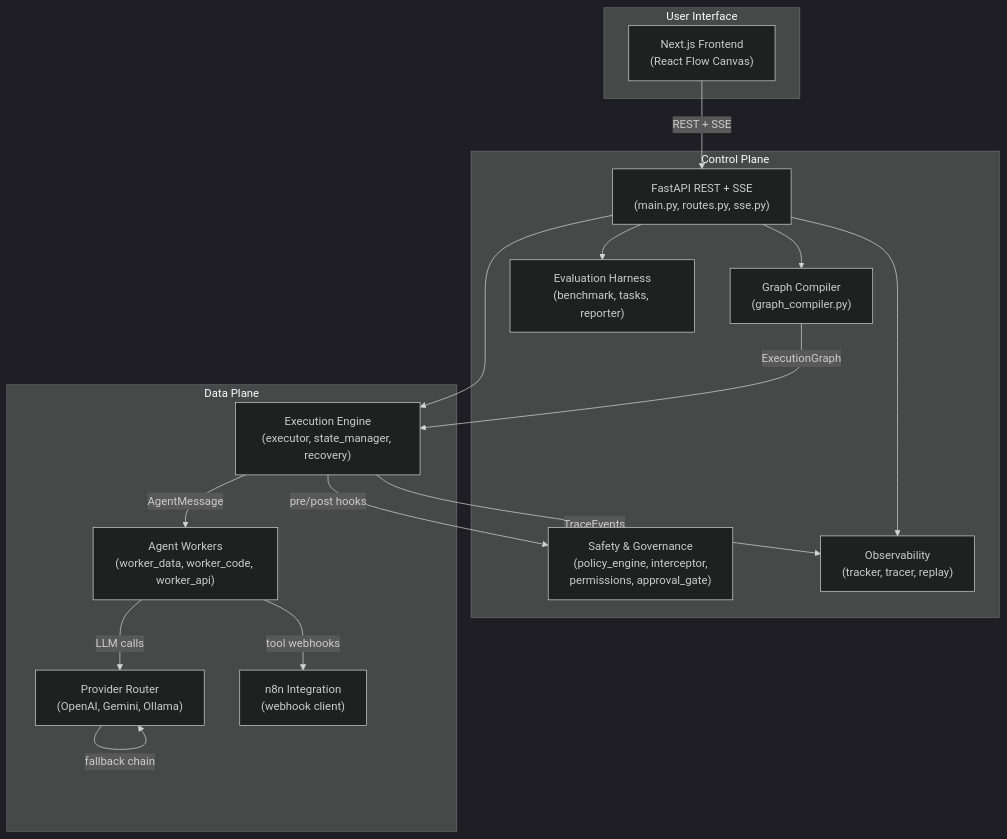
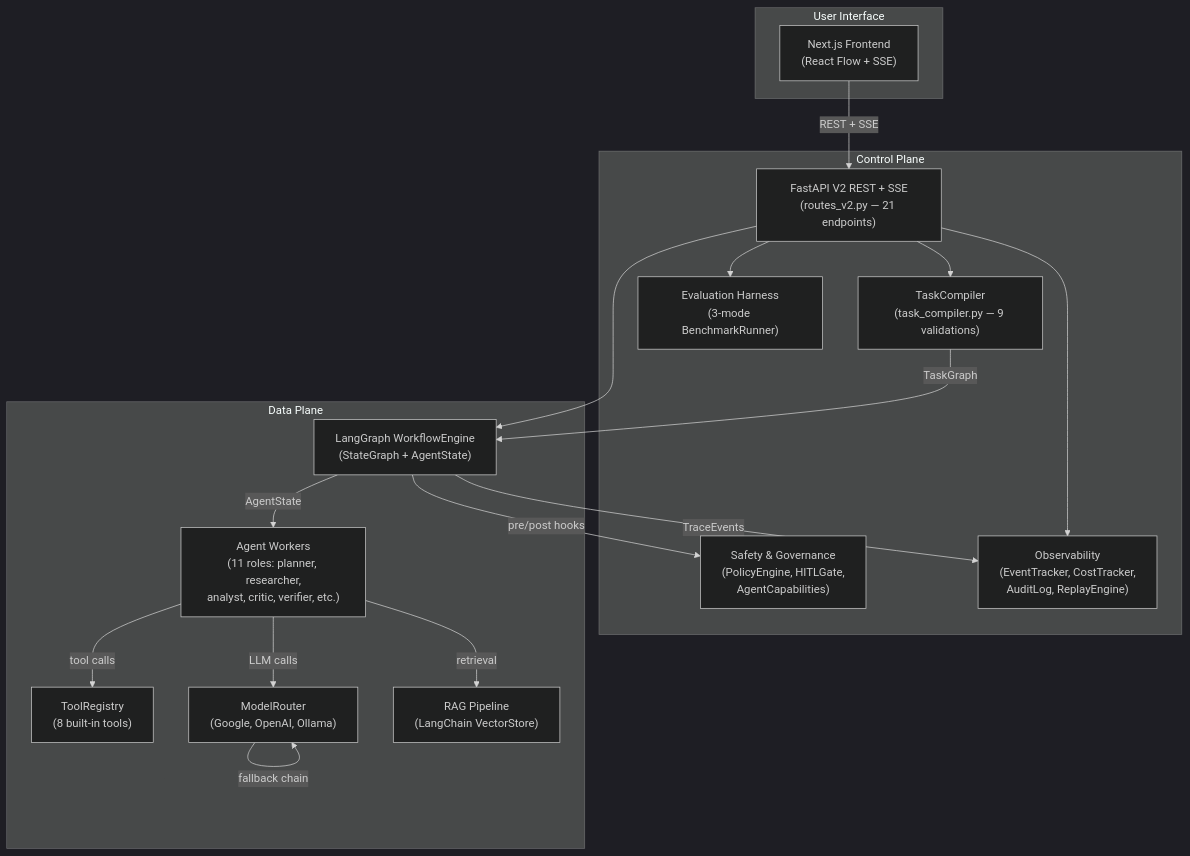
One commit to Zinat-Khan/CodeRush2.0-AllBlueInnovation changed the first of 2 diagrams in docs/ARCHITECTURE.md. Above: the diagram before and after it, drawn with Mermaid (dark theme). The commit also changed other lines of this file and 4 other files, not shown here.

Commit message:
refactor:architecture modification

````diff
--- a/docs/ARCHITECTURE.md
+++ b/docs/ARCHITECTURE.md
@@ -22,34 +23,36 @@
 ```mermaid
 graph TB
     subgraph "User Interface"
-        FE["Next.js Frontend<br/>(React Flow Canvas)"]
+        FE["Next.js Frontend<br/>(React Flow + SSE)"]
     end
 
     subgraph "Control Plane"
-        API["FastAPI REST + SSE<br/>(main.py, routes.py, sse.py)"]
-        COMP["Graph Compiler<br/>(graph_compiler.py)"]
-        SAFETY["Safety & Governance<br/>(policy_engine, interceptor,<br/>permissions, approval_gate)"]
-        OBS["Observability<br/>(tracker, tracer, replay)"]
-        EVAL["Evaluation Harness<br/>(benchmark, tasks, reporter)"]
+        API["FastAPI V2 REST + SSE<br/>(routes_v2.py — 21 endpoints)"]
+        COMP["TaskCompiler<br/>(task_compiler.py — 9 validations)"]
+        SAFETY["Safety & Governance<br/>(PolicyEngine, HITLGate,<br/>AgentCapabilities)"]
+        OBS["Observability<br/>(EventTracker, CostTracker,<br/>AuditLog, ReplayEngine)"]
+        EVAL["Evaluation Harness<br/>(3-mode BenchmarkRunner)"]
     end
 
     subgraph "Data Plane"
-        ENG["Execution Engine<br/>(executor, state_manager, recovery)"]
-        AGENTS["Agent Workers<br/>(worker_data, worker_code, worker_api)"]
-        PROV["Provider Router<br/>(OpenAI, Gemini, Ollama)"]
-        N8N["n8n Integration<br/>(webhook client)"]
+        ENG["LangGraph WorkflowEngine<br/>(StateGraph + AgentState)"]
+        AGENTS["Agent Workers<br/>(11 roles: planner, researcher,<br/>analyst, critic, verifier, etc.)"]
+        TOOLS["ToolRegistry<br/>(8 built-in tools)"]
+        PROV["ModelRouter<br/>(Google, OpenAI, Ollama)"]
+        RAG["RAG Pipeline<br/>(LangChain VectorStore)"]
     end
 
     FE -->|"REST + SSE"| API
     API --> COMP
     API --> ENG
     API --> OBS
     API --> EVAL
-    COMP -->|"ExecutionGraph"| ENG
-    ENG -->|"AgentMessage"| AGENTS
+    COMP -->|"TaskGraph"| ENG
+    ENG -->|"AgentState"| AGENTS
     ENG -->|"pre/post hooks"| SAFETY
     AGENTS -->|"LLM calls"| PROV
-    AGENTS -->|"tool webhooks"| N8N
+    AGENTS -->|"tool calls"| TOOLS
+    AGENTS -->|"retrieval"| RAG
     ENG -->|"TraceEvents"| OBS
     PROV -->|"fallback chain"| PROV
 ```
````
